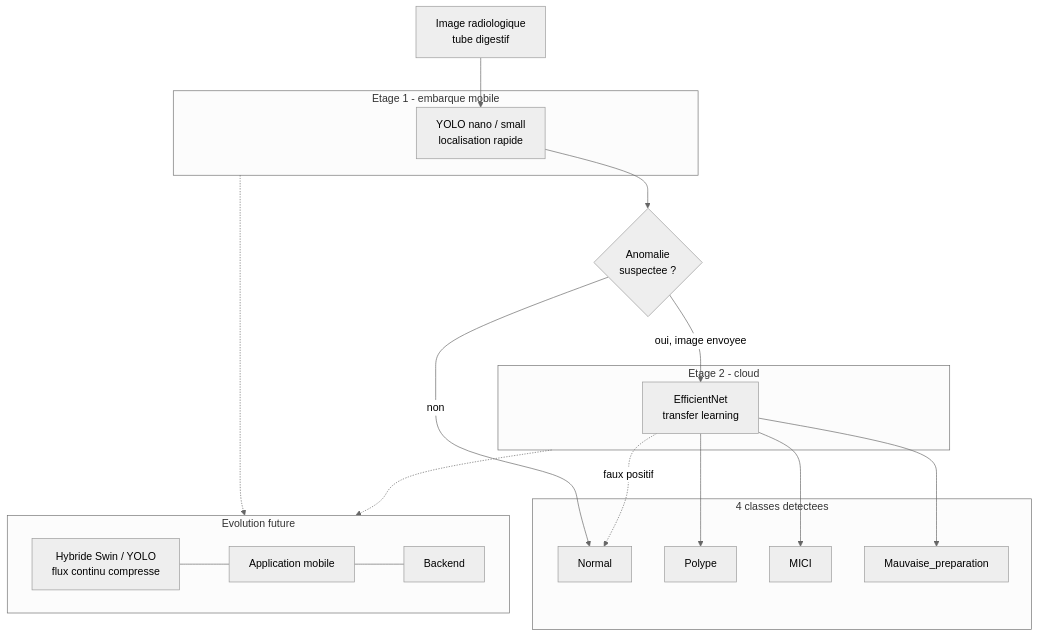
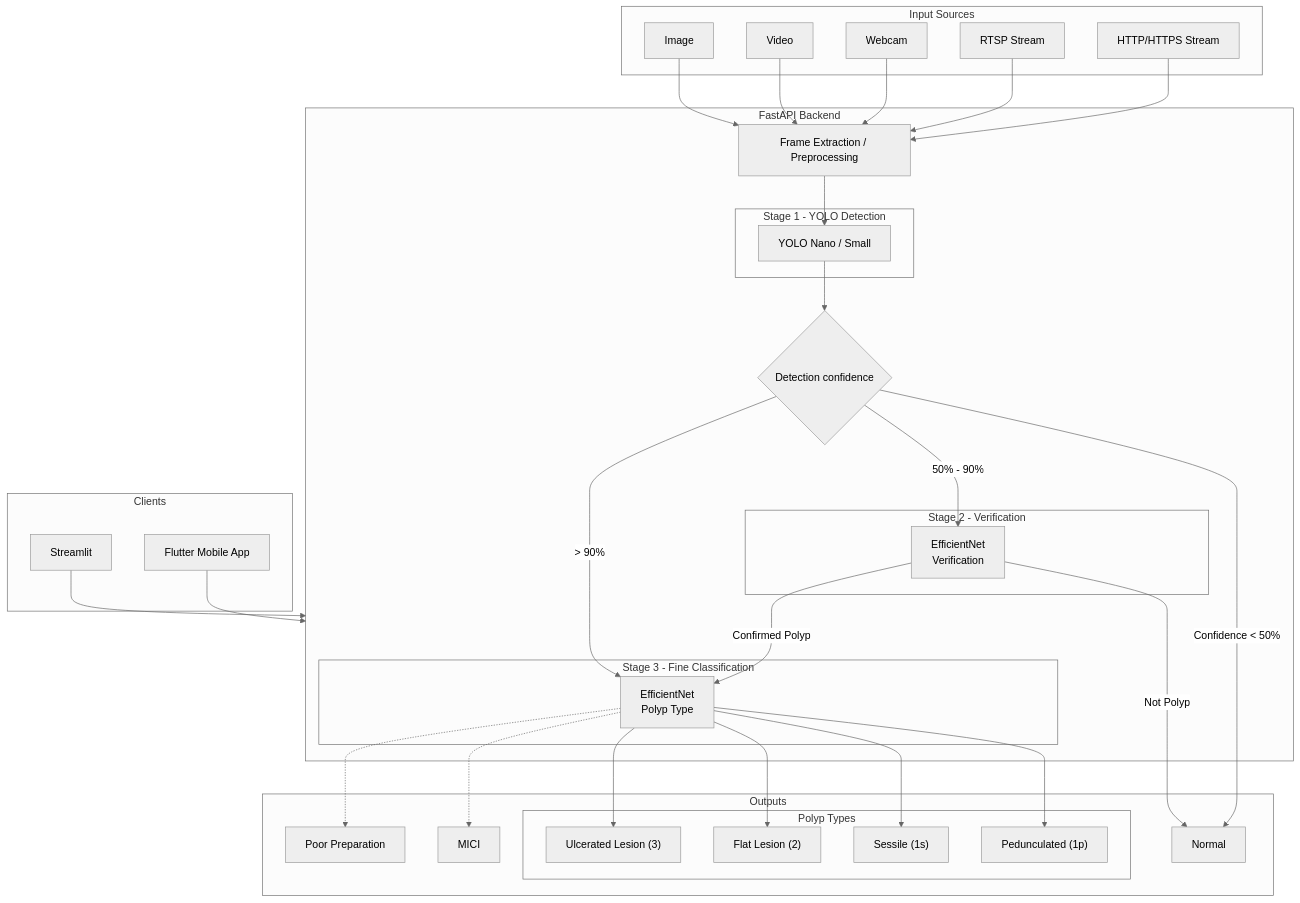
The diagram in architecture/architecture_objectif_global.mmd (Gama-core/medet), drawn with Mermaid (neutral theme) before and after one commit.

```diff
--- a/architecture/architecture_objectif_global.mmd
+++ b/architecture/architecture_objectif_global.mmd
@@ -1,38 +1,95 @@
 flowchart TB
-  IMG["Image radiologique<br/>tube digestif"]
 
-  subgraph ETAGE1["Etage 1 - embarque mobile"]
-    YOLO["YOLO nano / small<br/>localisation rapide"]
-  end
+    %% =======================
+    %% INPUTS
+    %% =======================
 
-  DEC{"Anomalie<br/>suspectee ?"}
+    subgraph INPUT["Input Sources"]
+        IMG["Image"]
+        VID["Video"]
+        CAM["Webcam"]
+        RTSP["RTSP Stream"]
+        HTTP["HTTP/HTTPS Stream"]
+    end
 
-  subgraph ETAGE2["Etage 2 - cloud"]
-    EFF["EfficientNet<br/>transfer learning"]
-  end
+    %% =======================
+    %% BACKEND
+    %% =======================
 
-  subgraph CLASSES["4 classes detectees"]
-    C1["Normal"]
-    C2["Polype"]
-    C3["MICI"]
-    C4["Mauvaise_preparation"]
-  end
+    subgraph BACKEND["FastAPI Backend"]
+        PRE["Frame Extraction / Preprocessing"]
 
-  subgraph FUTUR["Evolution future"]
-    SWY["Hybride Swin / YOLO<br/>flux continu compresse"]
-    MOB["Application mobile"]
-    BACK["Backend"]
-  end
+        subgraph DET["Stage 1 - YOLO Detection"]
+            YOLO["YOLO Nano / Small"]
+        end
 
-  IMG --> YOLO --> DEC
-  DEC -->|non| C1
-  DEC -->|oui, image envoyee| EFF
-  EFF --> C2
-  EFF --> C3
-  EFF --> C4
-  EFF -.->|faux positif| C1
+        DEC{"Detection confidence"}
 
-  ETAGE1 -.-> FUTUR
-  ETAGE2 -.-> FUTUR
-  SWY --- MOB
-  MOB --- BACK
+        subgraph VERIFY["Stage 2 - Verification"]
+            BIN["EfficientNet<br/>Verification"]
+        end
+
+        subgraph CLASSIF["Stage 3 - Fine Classification"]
+            TYPE["EfficientNet<br/>Polyp Type"]
+        end
+    end
+
+    %% =======================
+    %% OUTPUTS
+    %% =======================
+
+    subgraph OUTPUT["Outputs"]
+        N1["Normal"]
+        M1["MICI"]
+        MP["Poor Preparation"]
+
+        subgraph POLYP["Polyp Types"]
+            P1["Pedunculated (1p)"]
+            P2["Sessile (1s)"]
+            P3["Flat Lesion (2)"]
+            P4["Ulcerated Lesion (3)"]
+        end
+    end
+
+    %% =======================
+    %% CLIENTS
+    %% =======================
+
+    subgraph CLIENT["Clients"]
+        STREAM["Streamlit"]
+        MOBILE["Flutter Mobile App"]
+    end
+
+    %% =======================
+    %% FLOW
+    %% =======================
+
+    IMG --> PRE
+    VID --> PRE
+    CAM --> PRE
+    RTSP --> PRE
+    HTTP --> PRE
+
+    PRE --> YOLO
+
+    YOLO --> DEC
+
+    DEC -->|"Confidence < 50%"| N1
+
+    DEC -->|"50% - 90%"| BIN
+
+    BIN -->|"Not Polyp"| N1
+    BIN -->|"Confirmed Polyp"| TYPE
+
+    DEC -->|"> 90%"| TYPE
+
+    TYPE --> P1
+    TYPE --> P2
+    TYPE --> P3
+    TYPE --> P4
+
+    TYPE -.-> M1
+    TYPE -.-> MP
+
+    STREAM --> BACKEND
+    MOBILE --> BACKEND
```
